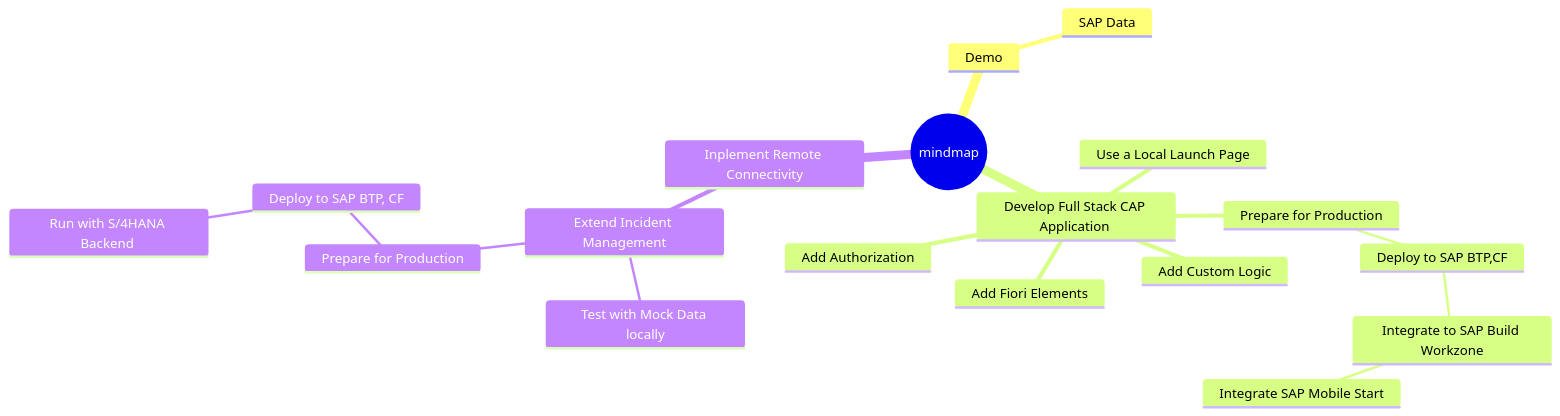
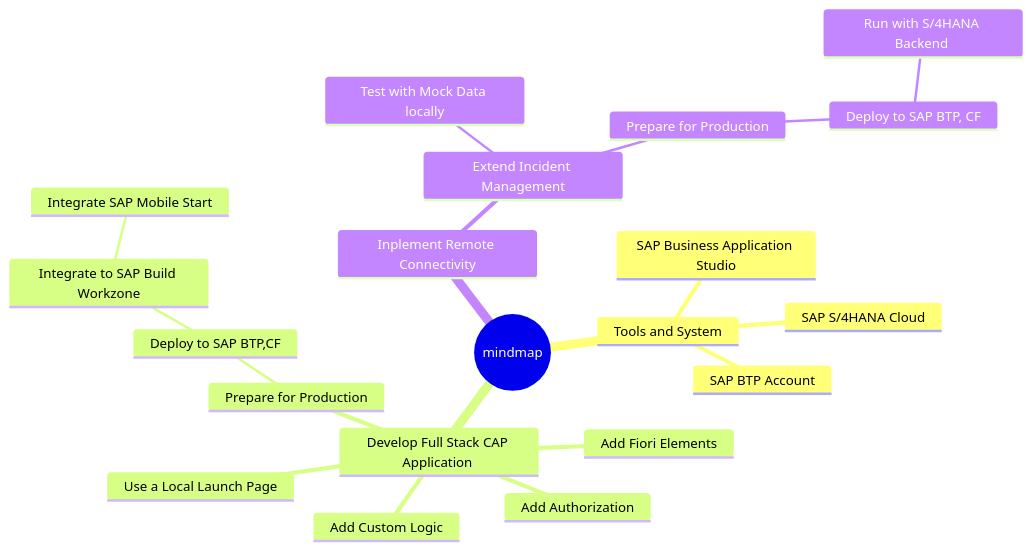
One commit to ejazsyed/validation-issue changed the first of 4 diagrams in README.md. Above: the diagram before and after it, drawn with Mermaid.

````diff
--- a/README.md
+++ b/README.md
@@ -7,22 +7,24 @@
 ```mermaid
    mindmap
   root((mindmap))
-    Demo
-      SAP Data
+    Tools and System
+      SAP Business Application Studio
+      SAP S/4HANA Cloud
+      SAP BTP Account
     Develop Full Stack CAP Application 
       Add Custom Logic
       Add Fiori Elements
       Use a Local Launch Page
       Add Authorization
       Prepare for Production
         Deploy to SAP BTP,CF
           Integrate to SAP Build Workzone
             Integrate SAP Mobile Start
     Inplement Remote Connectivity
       Extend Incident Management
         Test with Mock Data locally
         Prepare for Production
           Deploy to SAP BTP, CF
             Run with S/4HANA Backend 
 
 ```
````
